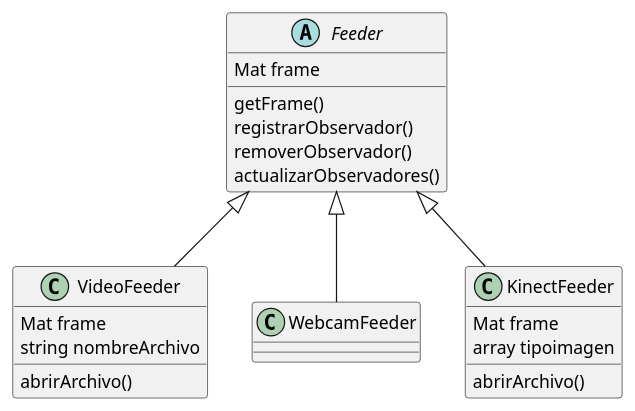
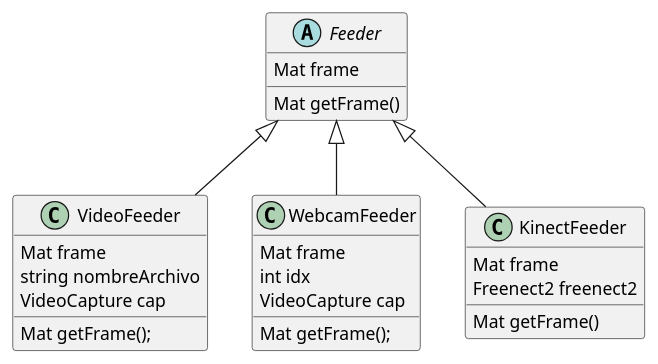
Before and after one commit to agustinavila/ProyectoVision: the third of 4 diagrams in Diagrama.puml, drawn with PlantUML. The commit also changed other lines of this file and 21 other files, not shown here.

```diff
--- a/Diagrama.puml
+++ b/Diagrama.puml
@@ -70,29 +56,31 @@
 @startuml feeder
 
 abstract class Feeder{
 	Mat frame
-	getFrame()
-	registrarObservador()
-	removerObservador()
-	actualizarObservadores()
+	Mat getFrame()
 }
 
 class VideoFeeder{
 	Mat frame
 	string nombreArchivo
-	abrirArchivo()
+	VideoCapture cap
+	Mat getFrame();
 }
 Feeder<|--VideoFeeder
 
 class WebcamFeeder{
+	Mat frame
+	int idx
+	VideoCapture cap
+	Mat getFrame();
 }
 Feeder<|--WebcamFeeder
 
 class KinectFeeder{
 	'"tipoimagen" deberia servir para registrar RGB, IR o profundidad
 	Mat frame
-	array tipoimagen
-	abrirArchivo()
+	Freenect2 freenect2
+	Mat getFrame()
 }
 Feeder<|--KinectFeeder
 @enduml
```
